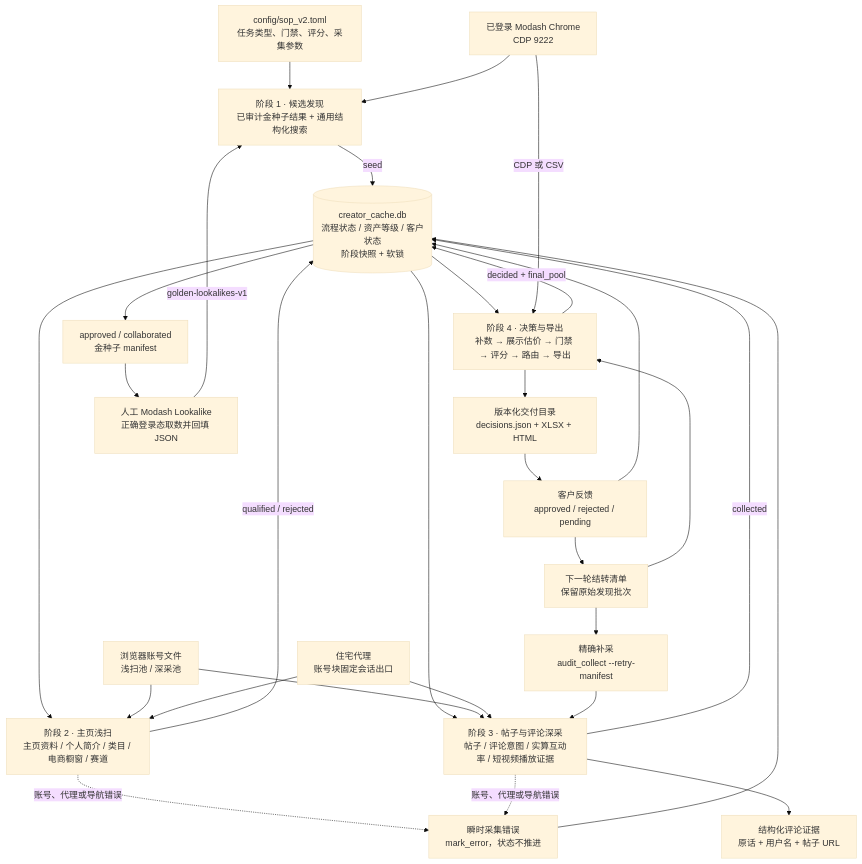
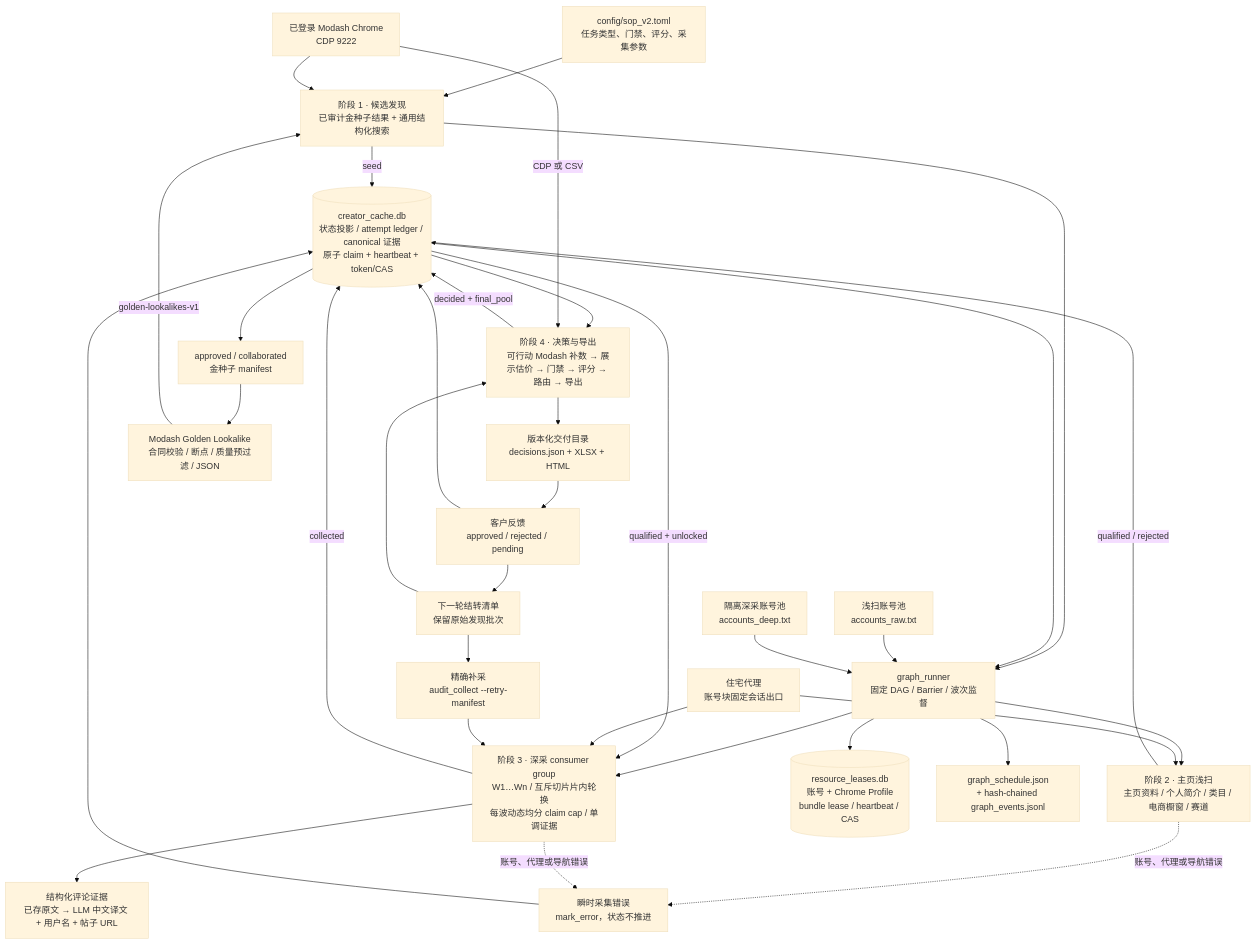
One commit to 2358841593-cell/ins--collector-ultimate changed the first of 3 diagrams in README.md. Above: the diagram before and after it, drawn with Mermaid (base theme). The commit also changed other lines of this file and 85 other files, not shown here.

Commit message:
feat: 固化 Graph 采集与正式交付闭环

````diff
--- a/README.md
+++ b/README.md
@@ -38,46 +43,55 @@
 ```mermaid
 flowchart TB
     CFG["config/sop_v2.toml<br/>任务类型、门禁、评分、采集参数"]
     MODASH["已登录 Modash Chrome<br/>CDP 9222"]
-    ACCOUNTS["浏览器账号文件<br/>浅扫池 / 深采池"]
+    SHALLOW_ACCOUNTS["浅扫账号池<br/>accounts_raw.txt"]
+    DEEP_ACCOUNTS["隔离深采账号池<br/>accounts_deep.txt"]
     PROXY["住宅代理<br/>账号块固定会话出口"]
 
     S1["阶段 1 · 候选发现<br/>已审计金种子结果 + 通用结构化搜索"]
+    GRAPH["graph_runner<br/>固定 DAG / Barrier / 波次监督"]
     S2["阶段 2 · 主页浅扫<br/>主页资料 / 个人简介 / 类目 / 电商橱窗 / 赛道"]
-    S3["阶段 3 · 帖子与评论深采<br/>帖子 / 评论意图 / 实算互动率 / 短视频播放证据"]
-    S4["阶段 4 · 决策与导出<br/>补数 → 展示估价 → 门禁 → 评分 → 路由 → 导出"]
+    S3["阶段 3 · 深采 consumer group<br/>W1…Wn / 互斥切片片内轮换<br/>每波动态均分 claim cap / 单调证据"]
+    S4["阶段 4 · 决策与导出<br/>可行动 Modash 补数 → 展示估价 → 门禁 → 评分 → 路由 → 导出"]
 
-    DB[("creator_cache.db<br/>流程状态 / 资产等级 / 客户状态<br/>阶段快照 + 软锁")]
+    DB[("creator_cache.db<br/>状态投影 / attempt ledger / canonical 证据<br/>原子 claim + heartbeat + token/CAS")]
+    LEASE[("resource_leases.db<br/>账号 + Chrome Profile<br/>bundle lease / heartbeat / CAS")]
+    AUDIT["graph_schedule.json<br/>+ hash-chained graph_events.jsonl"]
     ERR["瞬时采集错误<br/>mark_error，状态不推进"]
-    EVIDENCE["结构化评论证据<br/>原话 + 用户名 + 帖子 URL"]
+    EVIDENCE["结构化评论证据<br/>已存原文 → LLM 中文译文 + 用户名 + 帖子 URL"]
     OUT["版本化交付目录<br/>decisions.json + XLSX + HTML"]
     FEEDBACK["客户反馈<br/>approved / rejected / pending"]
     CARRY["下一轮结转清单<br/>保留原始发现批次"]
     RETRY["精确补采<br/>audit_collect --retry-manifest"]
     GOLDEN["approved / collaborated<br/>金种子 manifest"]
-    MANUAL_LA["人工 Modash Lookalike<br/>正确登录态取数并回填 JSON"]
+    GOLDEN_LA["Modash Golden Lookalike<br/>合同校验 / 断点 / 质量预过滤 / JSON"]
 
     CFG --> S1
     MODASH --> S1
     S1 -->|"seed"| DB
-    DB --> S2
-    ACCOUNTS --> S2
+    S1 --> GRAPH
+    DB --> GRAPH
+    GRAPH --> S2
+    GRAPH --> S3
+    GRAPH --> LEASE
+    GRAPH --> AUDIT
+    SHALLOW_ACCOUNTS --> GRAPH
+    DEEP_ACCOUNTS --> GRAPH
     PROXY --> S2
     S2 -->|"qualified / rejected"| DB
-    DB --> S3
-    ACCOUNTS --> S3
+    DB -->|"qualified + unlocked"| S3
     PROXY --> S3
     S3 -->|"collected"| DB
     S3 --> EVIDENCE
     DB --> S4
     MODASH -->|"CDP 或 CSV"| S4
     S4 -->|"decided + final_pool"| DB
     S4 --> OUT
     S2 -. "账号、代理或导航错误" .-> ERR
     S3 -. "账号、代理或导航错误" .-> ERR
     ERR --> DB
     OUT --> FEEDBACK --> DB
     FEEDBACK --> CARRY --> RETRY --> S3
     CARRY --> S4
-    DB --> GOLDEN --> MANUAL_LA -->|"golden-lookalikes-v1"| S1
+    DB --> GOLDEN --> GOLDEN_LA -->|"golden-lookalikes-v1"| S1
 ```
````
